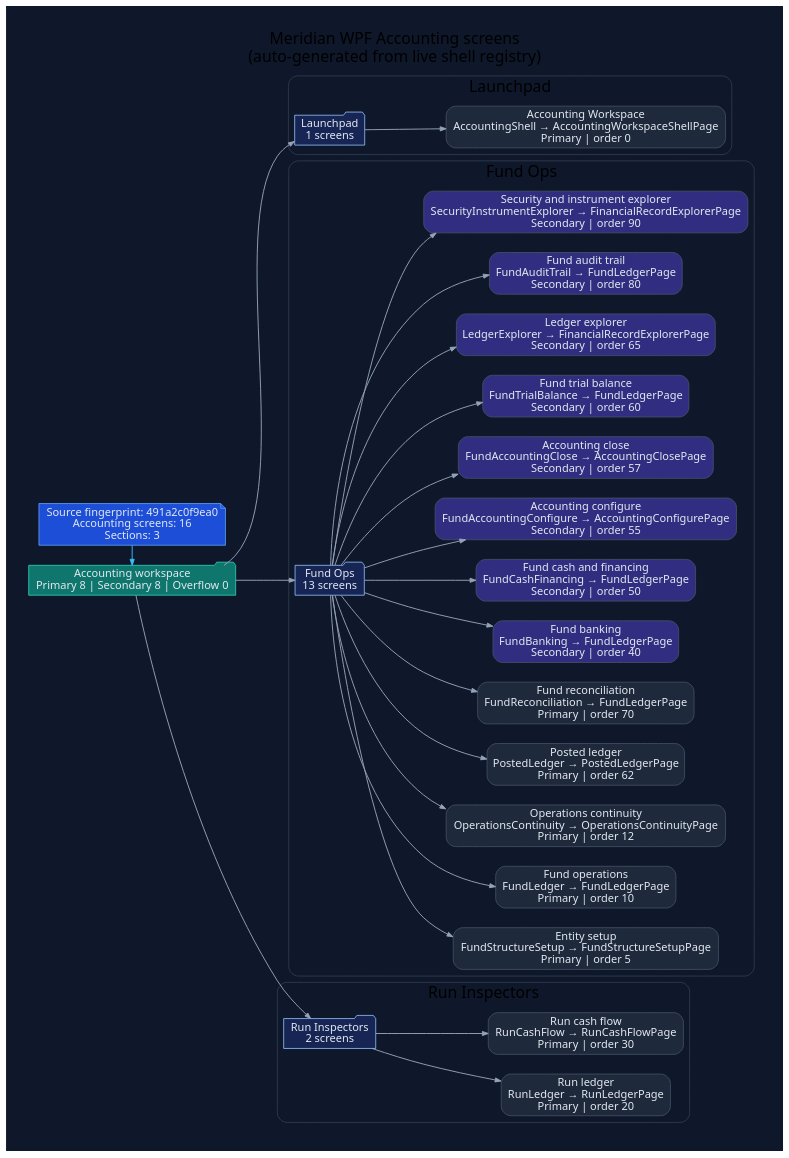
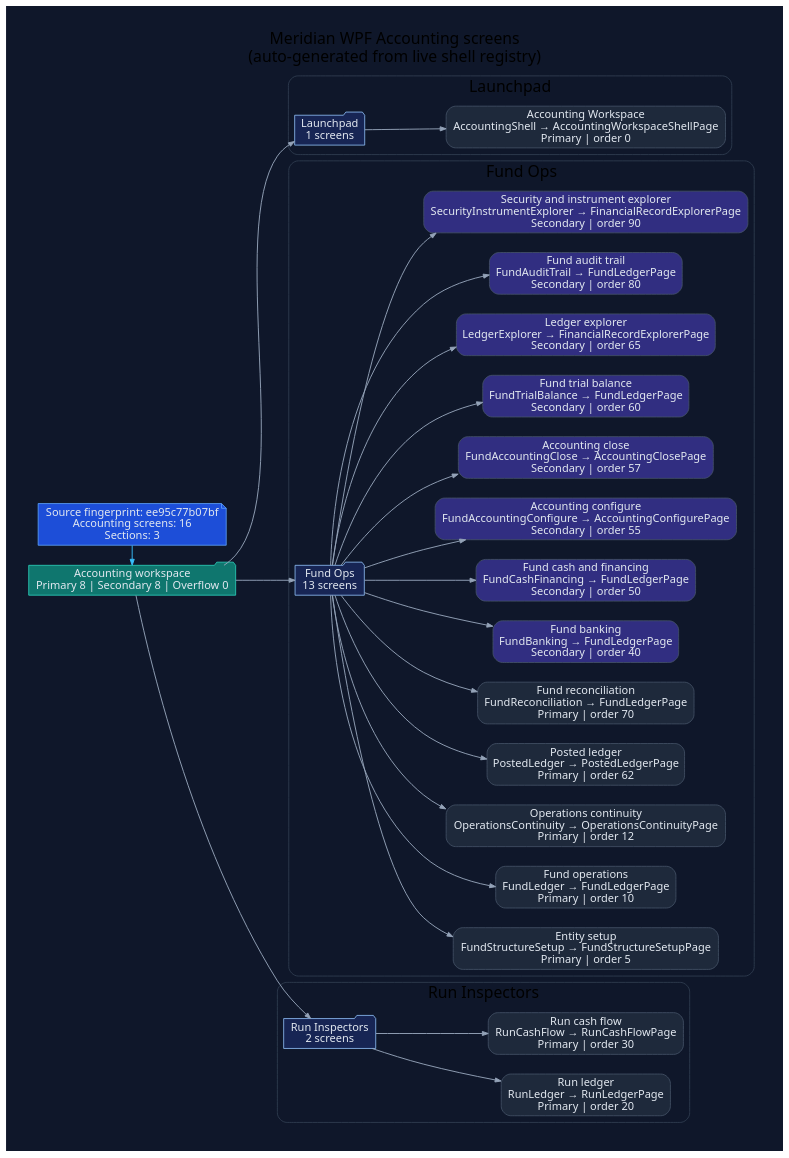
The diagram in docs/diagrams/ui-wpf-screens-accounting.dot (rodoHasArrived/Meridian-main), drawn with Graphviz before and after one commit. The commit also changed 21 other files, not shown here.

Commit message:
Refresh WPF diagrams for OAuth startup changes

```diff
--- a/docs/diagrams/ui-wpf-screens-accounting.dot
+++ b/docs/diagrams/ui-wpf-screens-accounting.dot
@@ -1,82 +1,82 @@
 // -----------------------------------------------------------------------------
 // <auto-generated>
 // Generated by scripts/generate-diagrams.mjs.
 // Do not edit this file directly; update the WPF source files instead.
 // -----------------------------------------------------------------------------
 digraph WpfAccountingScreens {
   graph [
     rankdir=LR,
     labelloc=t,
     label="Meridian WPF Accounting screens\n(auto-generated from live shell registry)",
     fontname="Segoe UI",
     fontsize=20,
     pad=0.4,
     nodesep=0.35,
     ranksep=0.85,
     bgcolor="#0f172a"
   ];
   node [fontname="Segoe UI", shape=box, style="rounded,filled", color="#475569", fontcolor="#e2e8f0", fillcolor="#1e293b"];
   edge [fontname="Segoe UI", color="#94a3b8", penwidth=1.2, arrowsize=0.75];
 
-  generated [shape=note, fillcolor="#1d4ed8", color="#60a5fa", label="Source fingerprint: 491a2c0f9ea0\nAccounting screens: 16\nSections: 3"];
+  generated [shape=note, fillcolor="#1d4ed8", color="#60a5fa", label="Source fingerprint: ee95c77b07bf\nAccounting screens: 16\nSections: 3"];
   workspace [shape=folder, fillcolor="#0f766e", color="#2dd4bf", label="Accounting workspace\nPrimary 8 | Secondary 8 | Overflow 0"];
   generated -> workspace [color="#38bdf8"];
 
   subgraph cluster_section_1 {
     label="Launchpad";
     color="#334155";
     style="rounded";
     section_1 [shape=folder, fillcolor="#172554", color="#93c5fd", label="Launchpad\n1 screens"];
     workspace -> section_1;
     screen_AccountingShell [fillcolor="#1e293b", label="Accounting Workspace\nAccountingShell → AccountingWorkspaceShellPage\nPrimary | order 0"];
     section_1 -> screen_AccountingShell;
   }
 
   subgraph cluster_section_2 {
     label="Fund Ops";
     color="#334155";
     style="rounded";
     section_2 [shape=folder, fillcolor="#172554", color="#93c5fd", label="Fund Ops\n13 screens"];
     workspace -> section_2;
     screen_FundStructureSetup [fillcolor="#1e293b", label="Entity setup\nFundStructureSetup → FundStructureSetupPage\nPrimary | order 5"];
     section_2 -> screen_FundStructureSetup;
     screen_FundLedger [fillcolor="#1e293b", label="Fund operations\nFundLedger → FundLedgerPage\nPrimary | order 10"];
     section_2 -> screen_FundLedger;
     screen_OperationsContinuity [fillcolor="#1e293b", label="Operations continuity\nOperationsContinuity → OperationsContinuityPage\nPrimary | order 12"];
     section_2 -> screen_OperationsContinuity;
     screen_PostedLedger [fillcolor="#1e293b", label="Posted ledger\nPostedLedger → PostedLedgerPage\nPrimary | order 62"];
     section_2 -> screen_PostedLedger;
     screen_FundReconciliation [fillcolor="#1e293b", label="Fund reconciliation\nFundReconciliation → FundLedgerPage\nPrimary | order 70"];
     section_2 -> screen_FundReconciliation;
     screen_FundBanking [fillcolor="#312e81", label="Fund banking\nFundBanking → FundLedgerPage\nSecondary | order 40"];
     section_2 -> screen_FundBanking;
     screen_FundCashFinancing [fillcolor="#312e81", label="Fund cash and financing\nFundCashFinancing → FundLedgerPage\nSecondary | order 50"];
     section_2 -> screen_FundCashFinancing;
     screen_FundAccountingConfigure [fillcolor="#312e81", label="Accounting configure\nFundAccountingConfigure → AccountingConfigurePage\nSecondary | order 55"];
     section_2 -> screen_FundAccountingConfigure;
     screen_FundAccountingClose [fillcolor="#312e81", label="Accounting close\nFundAccountingClose → AccountingClosePage\nSecondary | order 57"];
     section_2 -> screen_FundAccountingClose;
     screen_FundTrialBalance [fillcolor="#312e81", label="Fund trial balance\nFundTrialBalance → FundLedgerPage\nSecondary | order 60"];
     section_2 -> screen_FundTrialBalance;
     screen_LedgerExplorer [fillcolor="#312e81", label="Ledger explorer\nLedgerExplorer → FinancialRecordExplorerPage\nSecondary | order 65"];
     section_2 -> screen_LedgerExplorer;
     screen_FundAuditTrail [fillcolor="#312e81", label="Fund audit trail\nFundAuditTrail → FundLedgerPage\nSecondary | order 80"];
     section_2 -> screen_FundAuditTrail;
     screen_SecurityInstrumentExplorer [fillcolor="#312e81", label="Security and instrument explorer\nSecurityInstrumentExplorer → FinancialRecordExplorerPage\nSecondary | order 90"];
     section_2 -> screen_SecurityInstrumentExplorer;
   }
 
   subgraph cluster_section_3 {
     label="Run Inspectors";
     color="#334155";
     style="rounded";
     section_3 [shape=folder, fillcolor="#172554", color="#93c5fd", label="Run Inspectors\n2 screens"];
     workspace -> section_3;
     screen_RunLedger [fillcolor="#1e293b", label="Run ledger\nRunLedger → RunLedgerPage\nPrimary | order 20"];
     section_3 -> screen_RunLedger;
     screen_RunCashFlow [fillcolor="#1e293b", label="Run cash flow\nRunCashFlow → RunCashFlowPage\nPrimary | order 30"];
     section_3 -> screen_RunCashFlow;
   }
 
   { rank=min; generated; workspace; }
 }
```
